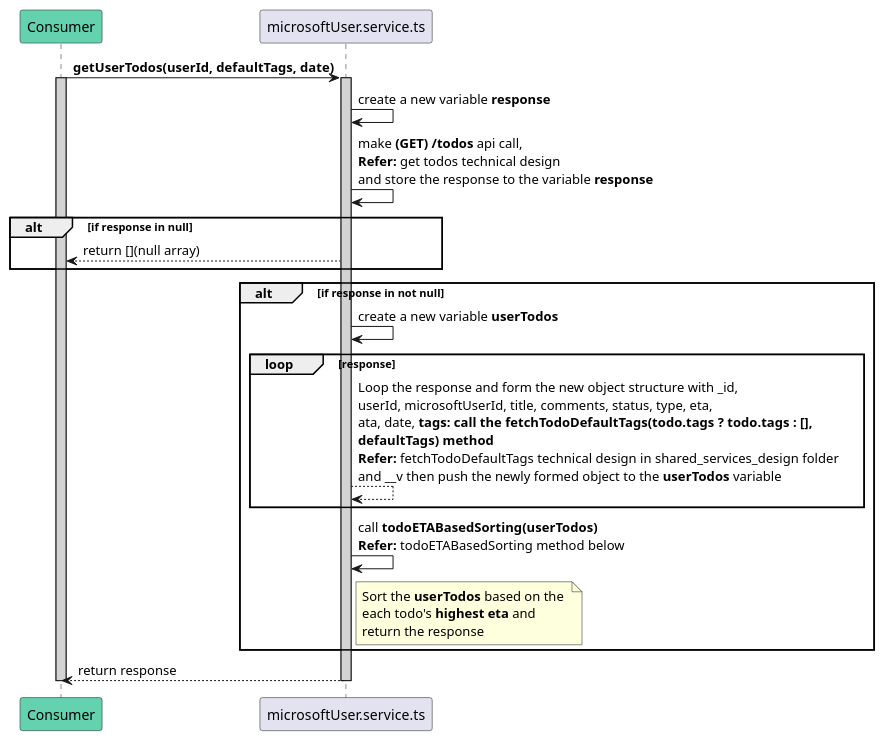
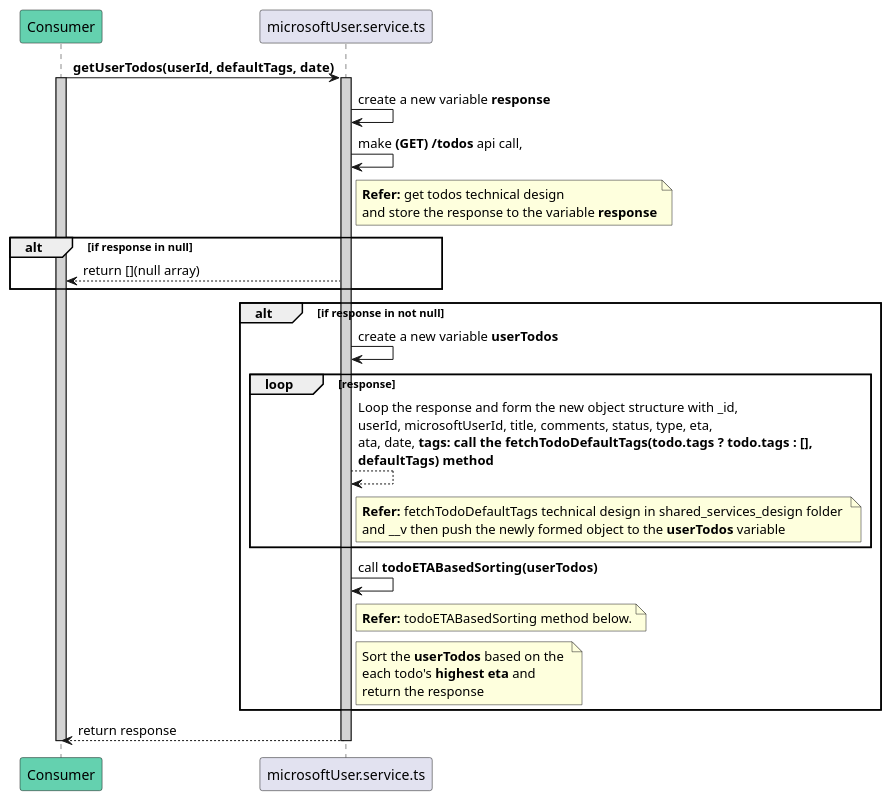
Before and after one commit to avasoft-mobility/workday-design: the diagram in backend/services_design/user_service/sequence_diagram/graph_reportings/get_user_todos.sequence.puml, drawn with PlantUML. The commit also changed 4 other files, not shown here.

```diff
--- a/backend/services_design/user_service/sequence_diagram/graph_reportings/get_user_todos.sequence.puml
+++ b/backend/services_design/user_service/sequence_diagram/graph_reportings/get_user_todos.sequence.puml
@@ -1,28 +1,31 @@
 @startuml getUserTodos
 participant Consumer #64D1AF
 participant microsoftUser.service.ts
 
 Consumer -> microsoftUser.service.ts : **getUserTodos(userId, defaultTags, date)**
 activate Consumer #D3D3D3
 activate microsoftUser.service.ts #D3D3D3
 
 microsoftUser.service.ts -> microsoftUser.service.ts : create a new variable **response**
-microsoftUser.service.ts -> microsoftUser.service.ts : make **(GET)** **/todos** api call, \n**Refer:** get todos technical design \nand store the response to the variable **response**
+microsoftUser.service.ts -> microsoftUser.service.ts : make **(GET)** **/todos** api call, 
+note right of microsoftUser.service.ts :  **Refer:** get todos technical design \nand store the response to the variable **response**
 
     alt if response in null
         microsoftUser.service.ts --> Consumer : return [](null array)
     end
     
     alt if response in not null
         microsoftUser.service.ts -> microsoftUser.service.ts : create a new variable **userTodos**
         loop response
-            microsoftUser.service.ts --> microsoftUser.service.ts : Loop the response and form the new object structure with _id, \nuserId, microsoftUserId, title, comments, status, type, eta, \nata, date, **tags: call the fetchTodoDefaultTags(todo.tags ? todo.tags : [],** \n**defaultTags) method** \n**Refer:** fetchTodoDefaultTags technical design in shared_services_design folder \nand __v then push the newly formed object to the **userTodos** variable
+            microsoftUser.service.ts --> microsoftUser.service.ts : Loop the response and form the new object structure with _id, \nuserId, microsoftUserId, title, comments, status, type, eta, \nata, date, **tags: call the fetchTodoDefaultTags(todo.tags ? todo.tags : [],** \n**defaultTags) method** 
+            note right of microsoftUser.service.ts : **Refer:** fetchTodoDefaultTags technical design in shared_services_design folder \nand __v then push the newly formed object to the **userTodos** variable
         end
 
-        microsoftUser.service.ts -> microsoftUser.service.ts: call **todoETABasedSorting(userTodos)** \n**Refer:** todoETABasedSorting method below
+        microsoftUser.service.ts -> microsoftUser.service.ts: call **todoETABasedSorting(userTodos)** 
+        note right of microsoftUser.service.ts : **Refer:** todoETABasedSorting method below.
         note right of microsoftUser.service.ts: Sort the **userTodos** based on the \neach todo's **highest eta** and \nreturn the response
     end
 Consumer <-- microsoftUser.service.ts : return response
 deactivate microsoftUser.service.ts
 deactivate Consumer
 @enduml
```
